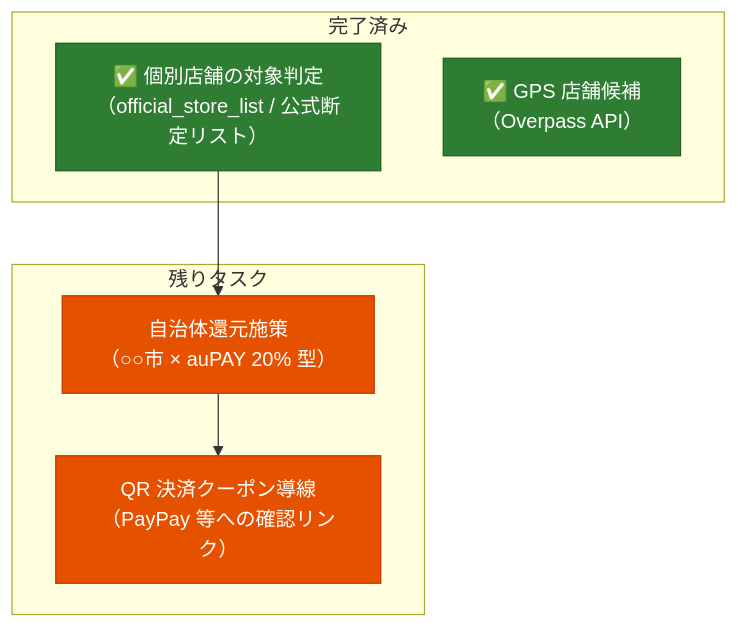
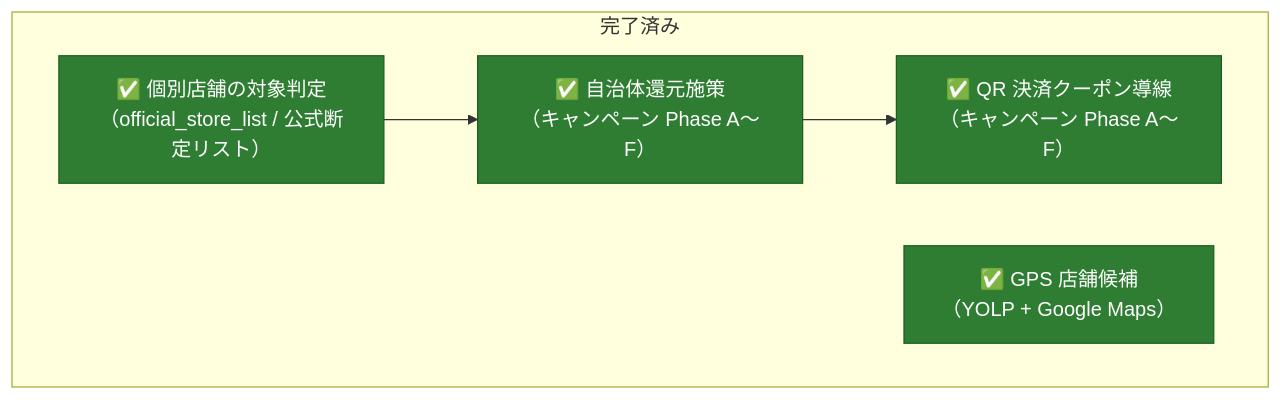
One commit to ktakjm/poikatsu changed the second of 2 diagrams in docs/roadmap.md. Above: the diagram before and after it, drawn with Mermaid. The commit also changed other lines of this file and 3 other files, not shown here.

Commit message:
docs: remove design-campaigns.md and consolidate references into roadmap

````diff
--- a/docs/roadmap.md
+++ b/docs/roadmap.md
@@ -61,18 +60,16 @@
 ```mermaid
 flowchart TD
     subgraph done["完了済み"]
         T1["✅ 個別店舗の対象判定<br/>（official_store_list / 公式断定リスト）"]
-        T4["✅ GPS 店舗候補<br/>（Overpass API）"]
-    end
-    subgraph todo["残りタスク"]
-        T2["自治体還元施策<br/>（○○市 × auPAY 20% 型）"]
-        T3["QR 決済クーポン導線<br/>（PayPay 等への確認リンク）"]
+        T4["✅ GPS 店舗候補<br/>（YOLP + Google Maps）"]
+        T2["✅ 自治体還元施策<br/>（キャンペーン Phase A〜F）"]
+        T3["✅ QR 決済クーポン導線<br/>（キャンペーン Phase A〜F）"]
     end
     T1 --> T2
     T2 --> T3
 
     style T1 fill:#2E7D32,stroke:#1B5E20,color:#fff
     style T4 fill:#2E7D32,stroke:#1B5E20,color:#fff
-    style T2 fill:#E65100,stroke:#BF360C,color:#fff
-    style T3 fill:#E65100,stroke:#BF360C,color:#fff
+    style T2 fill:#2E7D32,stroke:#1B5E20,color:#fff
+    style T3 fill:#2E7D32,stroke:#1B5E20,color:#fff
 ```
````
